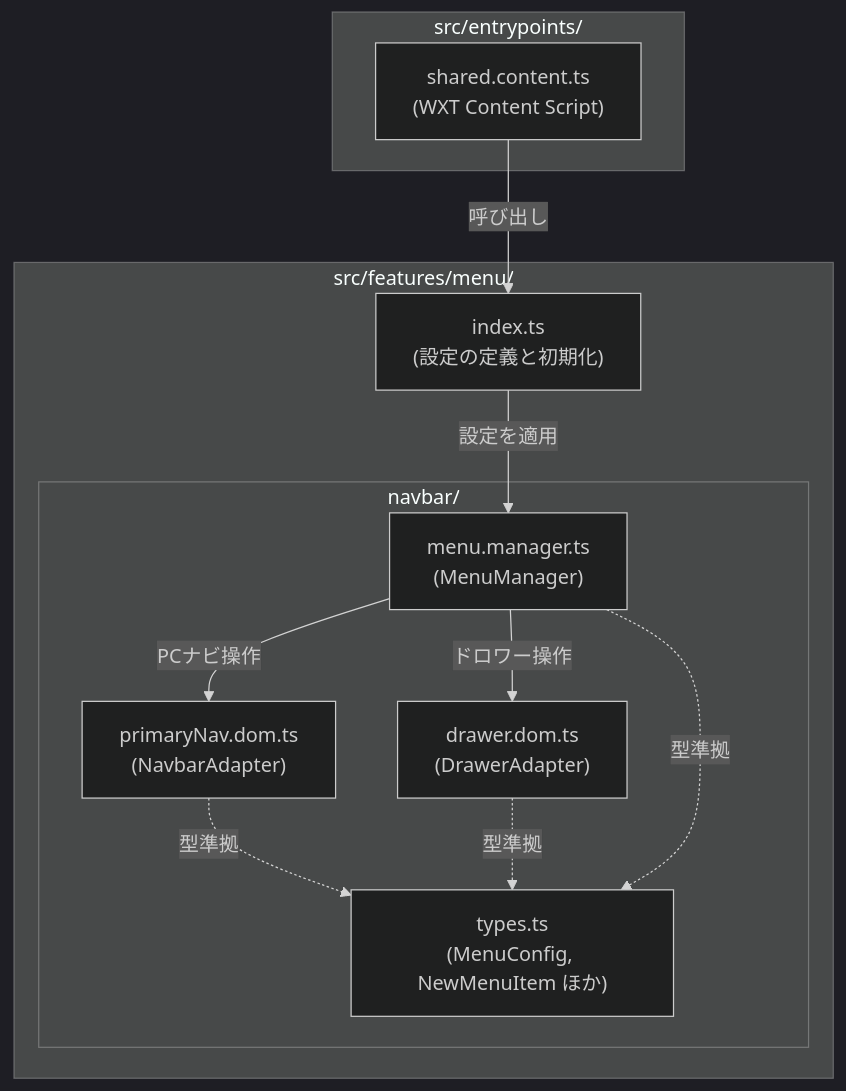
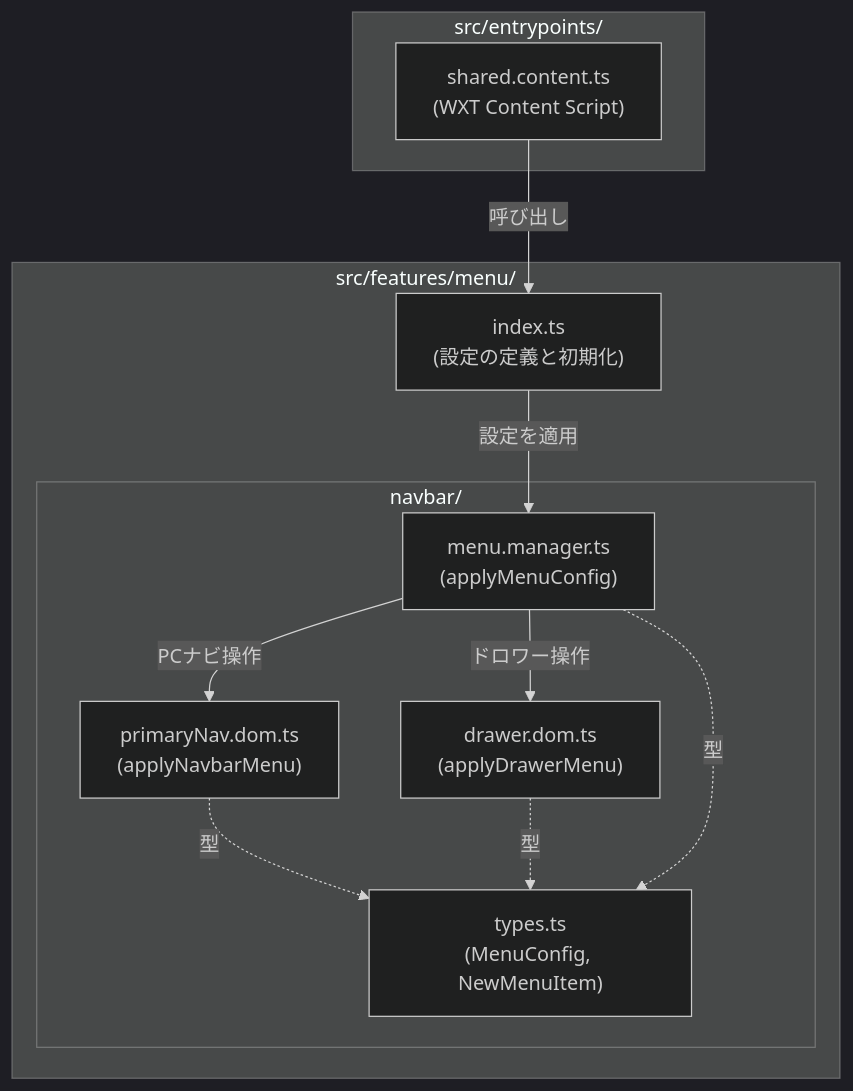
The diagram in docs/impl/menu/navbar.md (Ireroku/mi-mo), drawn with Mermaid (dark theme) before and after one commit. The commit also changed other lines of this file and 27 other files, not shown here.

First line of the commit message:
refactor: share the shadow-root mount and drop dead menu adapter code

````diff
--- a/docs/impl/menu/navbar.md
+++ b/docs/impl/menu/navbar.md
@@ -7,25 +7,25 @@
 ```mermaid
 flowchart TD
     subgraph Entrypoints["src/entrypoints/"]
         SC["shared.content.ts<br/>(WXT Content Script)"]
     end
 
     subgraph MenuFeature["src/features/menu/"]
         MI["index.ts<br/>(設定の定義と初期化)"]
 
         subgraph NavbarModule["navbar/"]
-            MM["menu.manager.ts<br/>(MenuManager)"]
-            PN["primaryNav.dom.ts<br/>(NavbarAdapter)"]
-            DR["drawer.dom.ts<br/>(DrawerAdapter)"]
-            TY["types.ts<br/>(MenuConfig, NewMenuItem ほか)"]
+            MM["menu.manager.ts<br/>(applyMenuConfig)"]
+            PN["primaryNav.dom.ts<br/>(applyNavbarMenu)"]
+            DR["drawer.dom.ts<br/>(applyDrawerMenu)"]
+            TY["types.ts<br/>(MenuConfig, NewMenuItem)"]
         end
     end
 
     SC -->|呼び出し| MI
     MI -->|設定を適用| MM
     MM -->|PCナビ操作| PN
     MM -->|ドロワー操作| DR
-    PN -.->|型準拠| TY
-    DR -.->|型準拠| TY
-    MM -.->|型準拠| TY
+    PN -.->|型| TY
+    DR -.->|型| TY
+    MM -.->|型| TY
 ```
````
